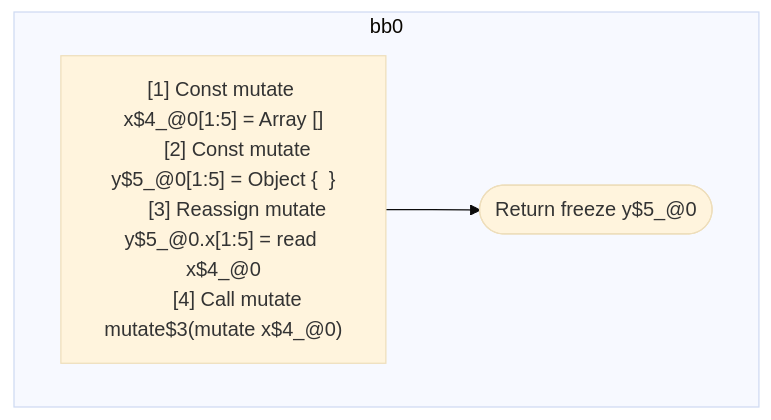
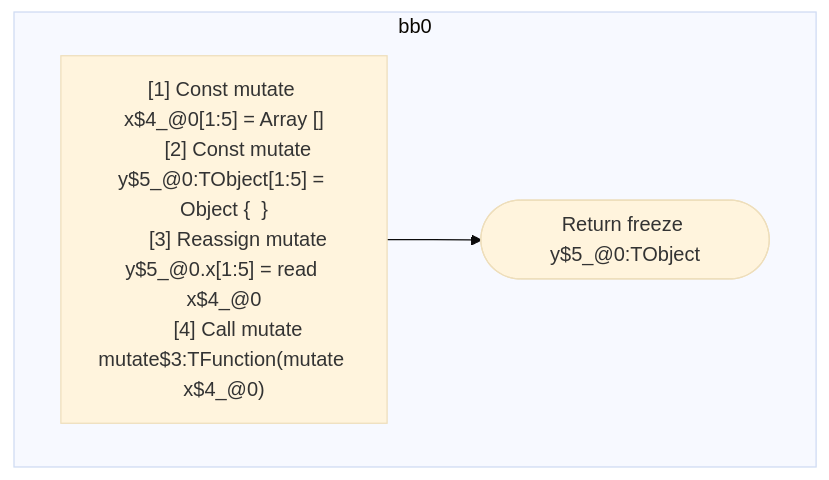
The diagram in compiler/forget/src/__tests__/fixtures/hir/ssa-property-mutate-2.expect.md (wutsmog/private), drawn with Mermaid (base theme) before and after one commit. The commit also changed other lines of this file and 112 other files, not shown here.

````diff
--- a/compiler/forget/src/__tests__/fixtures/hir/ssa-property-mutate-2.expect.md
+++ b/compiler/forget/src/__tests__/fixtures/hir/ssa-property-mutate-2.expect.md
@@ -45,16 +45,16 @@
 ```mermaid
 flowchart TB
   %% Basic Blocks
   subgraph bb0
     bb0_instrs["
       [1] Const mutate x$4_@0[1:5] = Array []
-      [2] Const mutate y$5_@0[1:5] = Object {  }
+      [2] Const mutate y$5_@0:TObject[1:5] = Object {  }
       [3] Reassign mutate y$5_@0.x[1:5] = read x$4_@0
-      [4] Call mutate mutate$3(mutate x$4_@0)
+      [4] Call mutate mutate$3:TFunction(mutate x$4_@0)
     "]
-    bb0_instrs --> bb0_terminal(["Return freeze y$5_@0"])
+    bb0_instrs --> bb0_terminal(["Return freeze y$5_@0:TObject"])
   end
 
   %% Jumps
   %% empty
 ```
````
